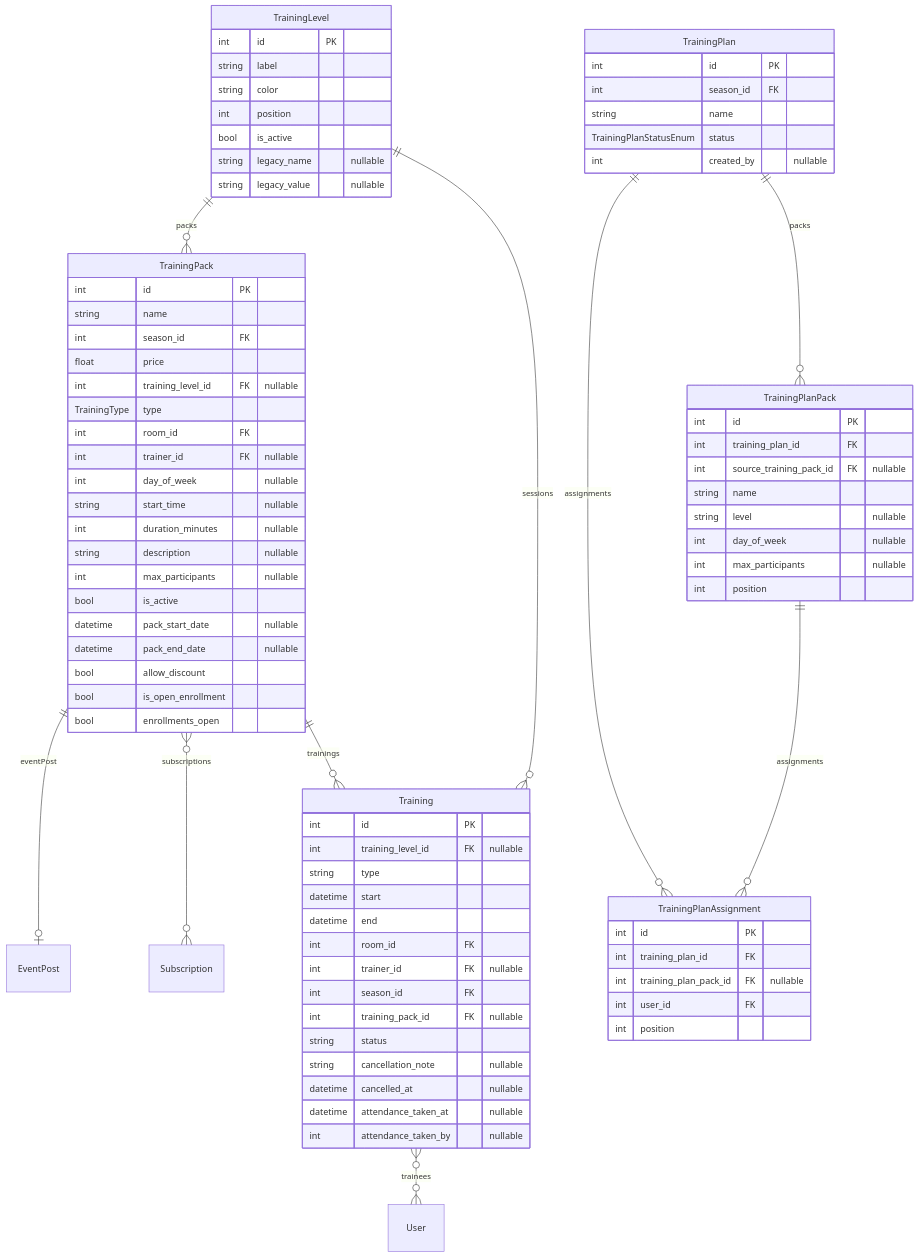
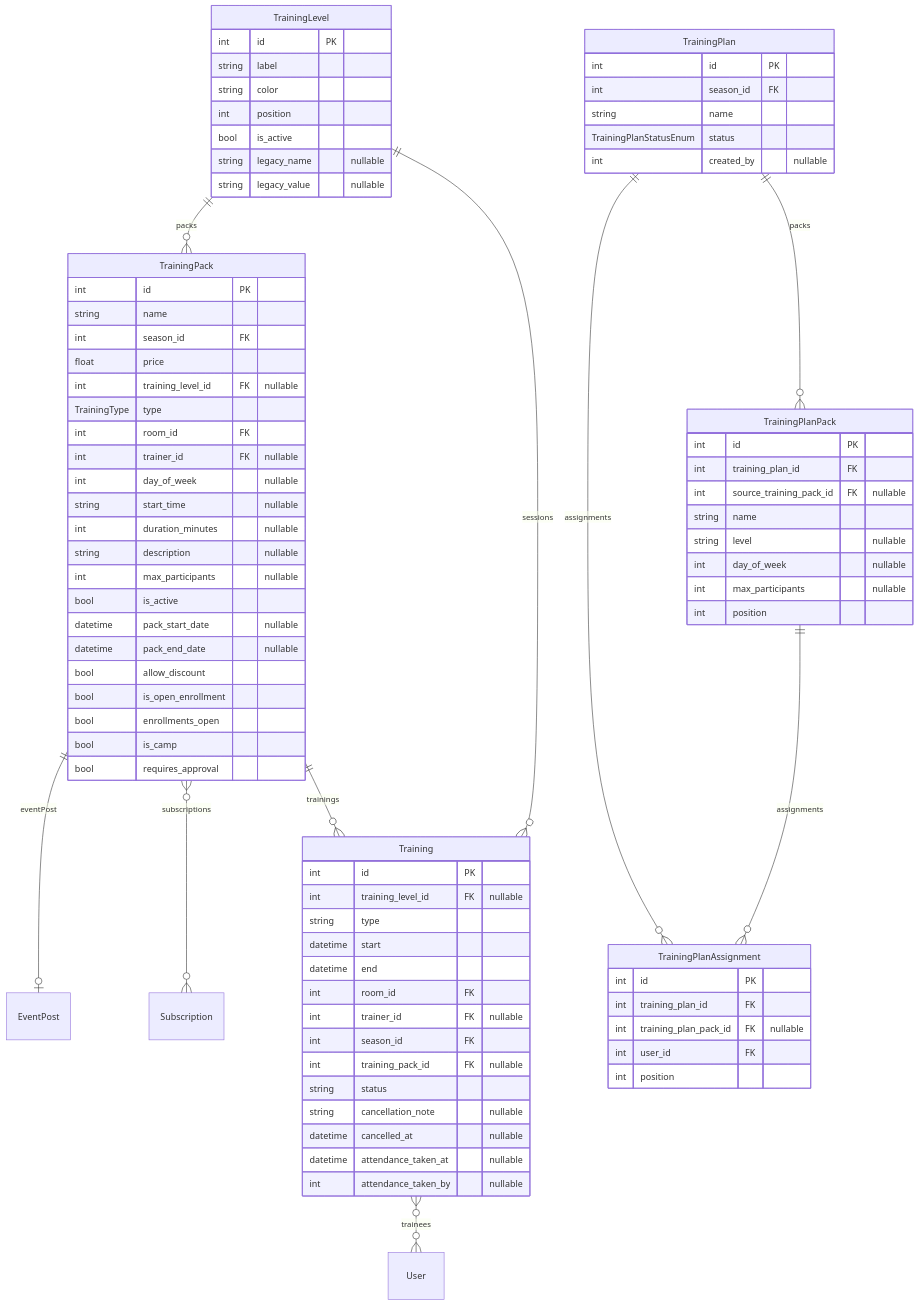
Before and after one commit to Paupoo/tabletennisclub-app: the diagram in docs/erd/trainings.md, drawn with Mermaid. The commit also changed 9 other files, not shown here.

```diff
--- a/docs/erd/trainings.md
+++ b/docs/erd/trainings.md
@@ -47,6 +47,8 @@
         bool allow_discount
         bool is_open_enrollment
         bool enrollments_open
+        bool is_camp
+        bool requires_approval
     }
     TrainingPlan {
         int id PK
```
